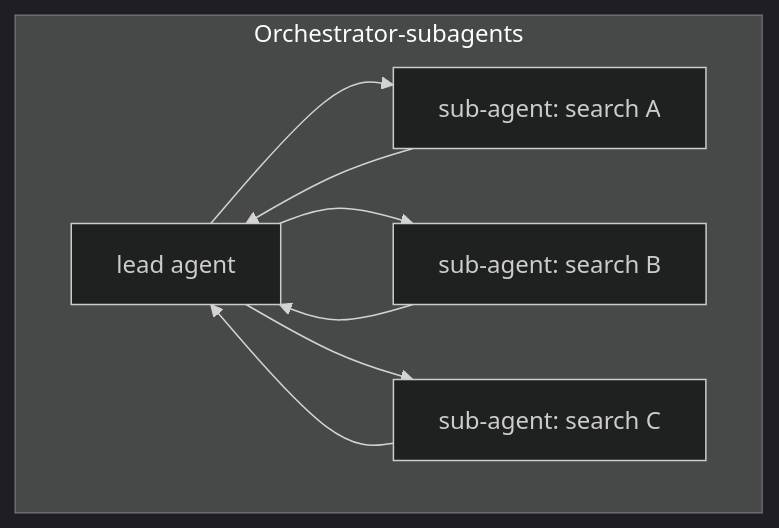
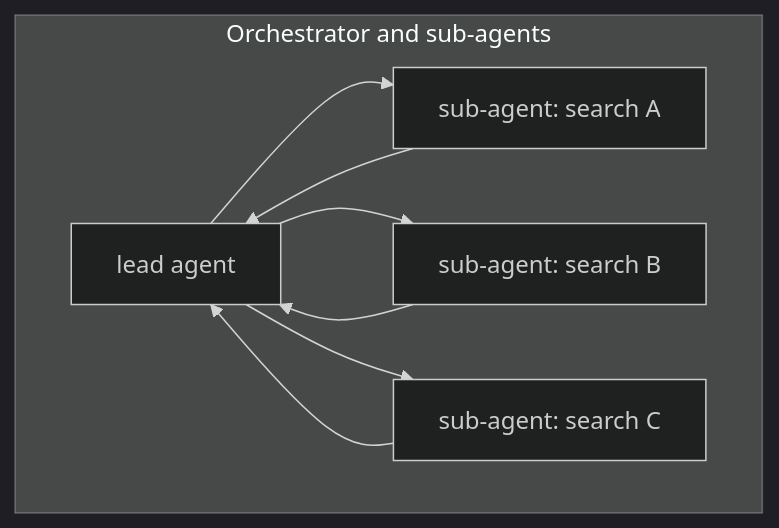
One commit to alvinnew100/grand-line-study-guide changed the diagram in src/llm-practice/lessons/17-agent-frameworks.md. Above: the diagram before and after it, drawn with Mermaid (dark theme). The commit also changed 12 other files, not shown here.

````diff
--- a/src/llm-practice/lessons/17-agent-frameworks.md
+++ b/src/llm-practice/lessons/17-agent-frameworks.md
@@ -129,11 +129,11 @@
 ```mermaid
 flowchart TB
-  subgraph Orchestrator-subagents
+  subgraph OS[Orchestrator and sub-agents]
     L[lead agent] --> S1[sub-agent: search A]
     L --> S2[sub-agent: search B]
     L --> S3[sub-agent: search C]
     S1 --> L
     S2 --> L
     S3 --> L
   end
 ```
````
